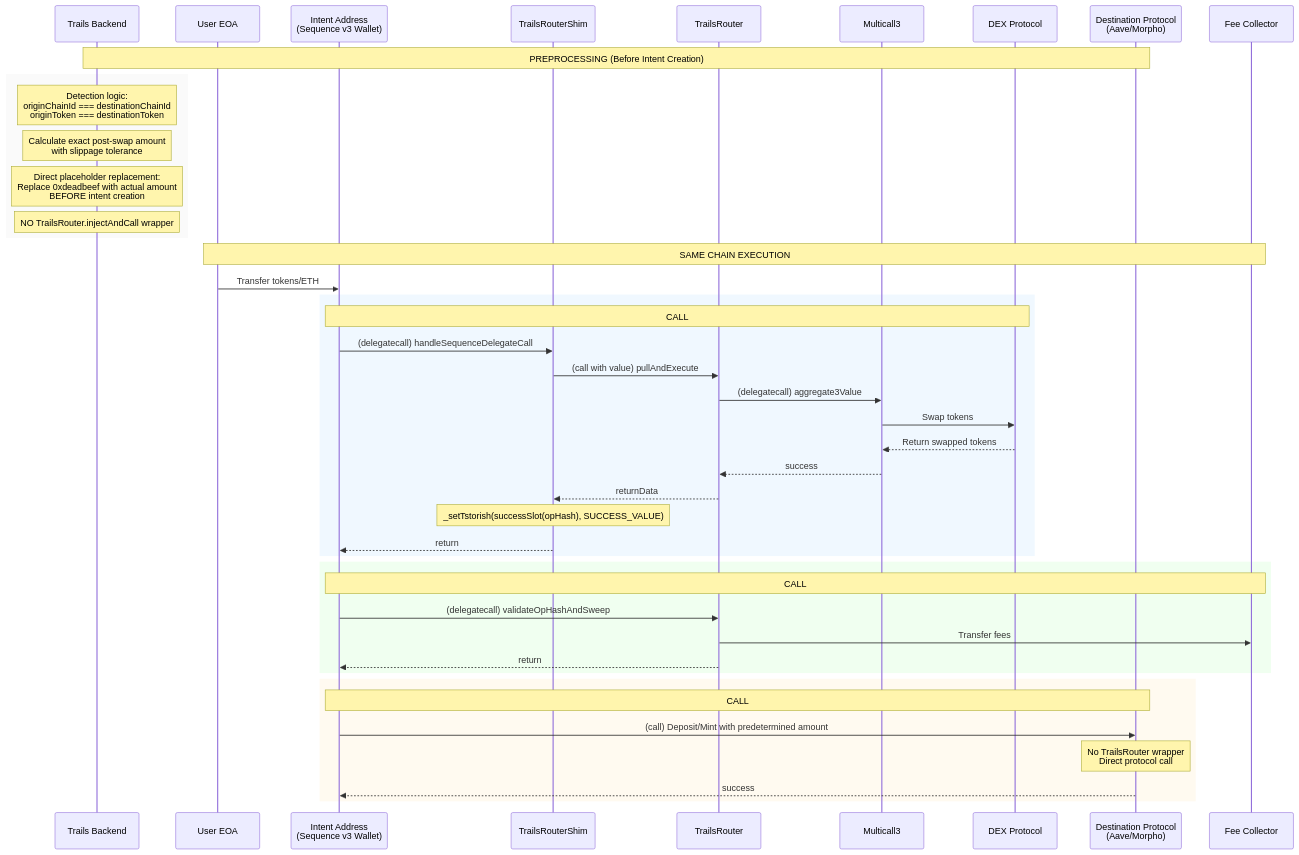
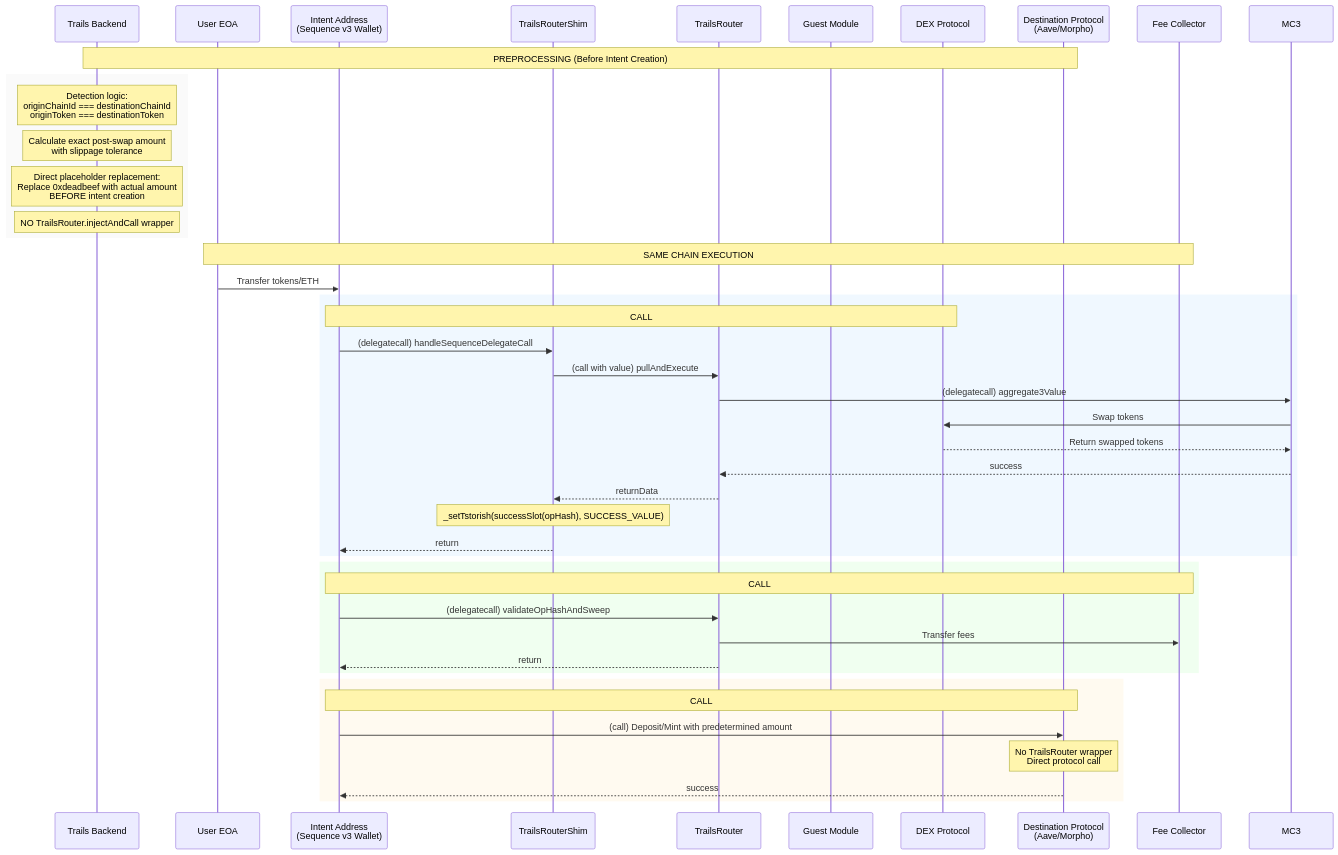
One commit to 0xsequence/trails-contracts changed the fourth of 6 diagrams in docs/FLOW.md. Above: the diagram before and after it, drawn with Mermaid. The commit also changed other lines of this file and 7 other files, not shown here.

First line of the commit message:
Refactor TrailsRouter and related documentation to fully integrate Sequence V3 CallsPayload format

````diff
--- a/docs/FLOW.md
+++ b/docs/FLOW.md
@@ -286,52 +286,52 @@
 ```mermaid
 sequenceDiagram
     participant Backend as Trails Backend
     participant User as User EOA
     participant Intent as Intent Address<br/>(Sequence v3 Wallet)
     participant Shim as TrailsRouterShim
     participant Router as TrailsRouter
-    participant MC3 as Multicall3
+    participant Guest as Guest Module
     participant DEX as DEX Protocol
     participant Protocol as Destination Protocol<br/>(Aave/Morpho)
     participant FeeCollector as Fee Collector
 
     Note over Backend,Protocol: PREPROCESSING (Before Intent Creation)
 
     rect rgb(250, 250, 250)
         Note over Backend: Detection logic:<br/>originChainId === destinationChainId<br/>originToken === destinationToken
         Note over Backend: Calculate exact post-swap amount<br/>with slippage tolerance
         Note over Backend: Direct placeholder replacement:<br/>Replace 0xdeadbeef with actual amount<br/>BEFORE intent creation
         Note over Backend: NO TrailsRouter.injectAndCall wrapper
     end
 
     Note over User,FeeCollector: SAME CHAIN EXECUTION
 
     User->>Intent: Transfer tokens/ETH
 
     rect rgb(240, 248, 255)
         Note over Intent,DEX: CALL #1 - Token Swap
         Intent->>Shim: (delegatecall) handleSequenceDelegateCall
         Shim->>Router: (call with value) pullAndExecute
         Router->>MC3: (delegatecall) aggregate3Value
         MC3->>DEX: Swap tokens
         DEX-->>MC3: Return swapped tokens
         MC3-->>Router: success
         Router-->>Shim: returnData
         Note over Shim: _setTstorish(successSlot(opHash), SUCCESS_VALUE)
         Shim-->>Intent: return
     end
 
     rect rgb(240, 255, 240)
         Note over Intent,FeeCollector: CALL #2 - Fee Collection (Success Path)
         Intent->>Router: (delegatecall) validateOpHashAndSweep
         Router->>FeeCollector: Transfer fees
         Router-->>Intent: return
     end
 
     rect rgb(255, 250, 240)
         Note over Intent,Protocol: CALL #4 - Protocol Interaction (Direct)
         Intent->>Protocol: (call) Deposit/Mint with predetermined amount
         Note over Protocol: No TrailsRouter wrapper<br/>Direct protocol call
         Protocol-->>Intent: success
     end
 ```
````
